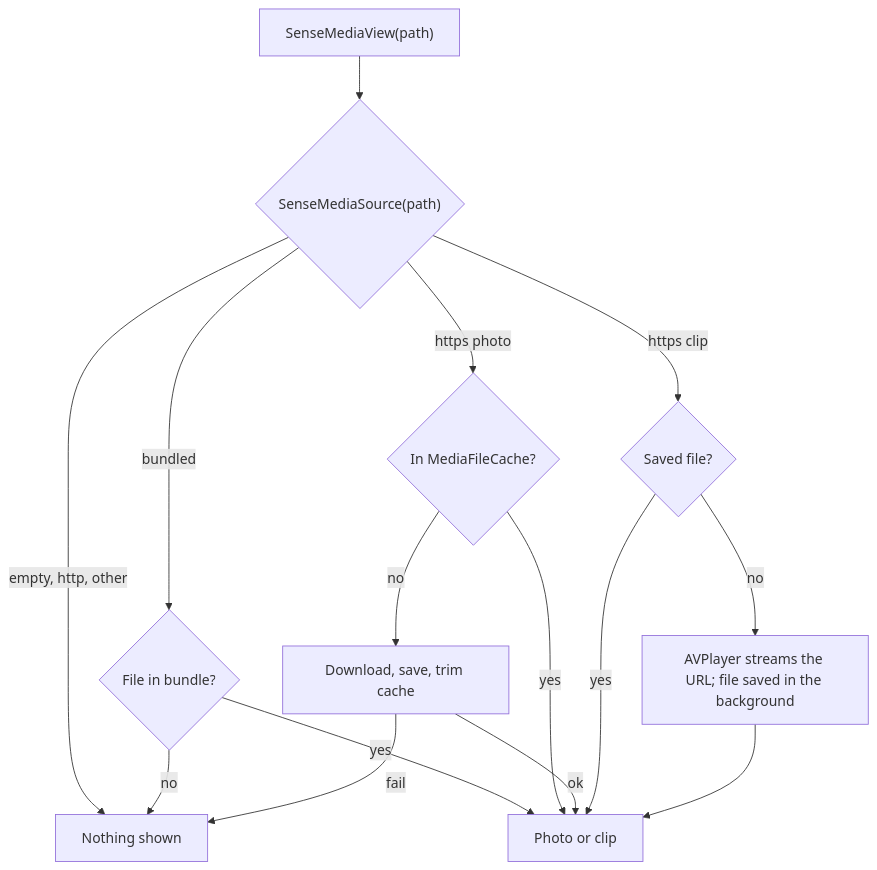
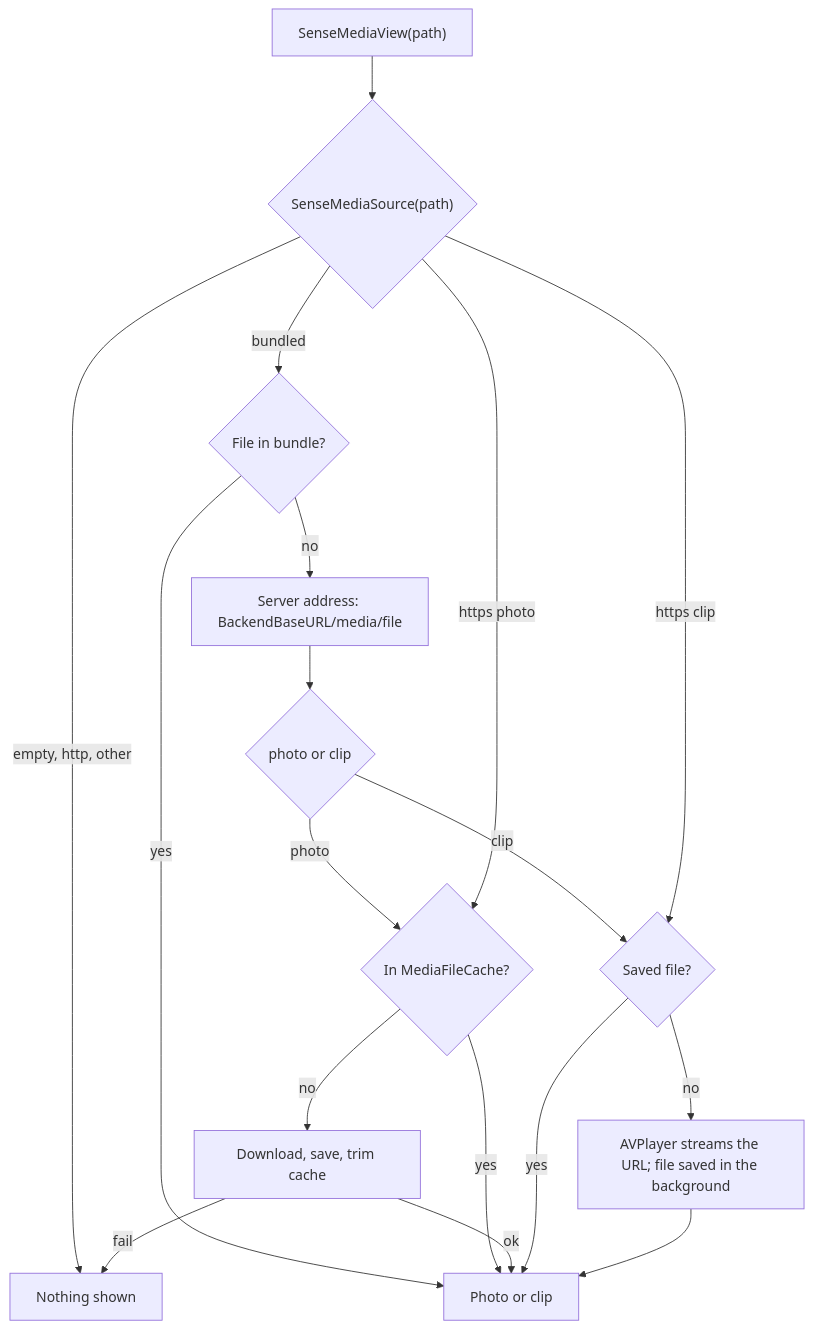
Before and after one commit to tranphuocloc070699/saynata: the sixth of 6 diagrams in backlog/docs/features/doc-5 - Word-lookup.md, drawn with Mermaid. The commit also changed other lines of this file and 3 other files, not shown here.

Commit message:
TASK-51: notes for bundled media from the server

````diff
--- a/backlog/docs/features/doc-5 - Word-lookup.md
+++ b/backlog/docs/features/doc-5 - Word-lookup.md
@@ -369,16 +369,18 @@
 ```mermaid
 flowchart TD
     V["SenseMediaView(path)"] --> S{"SenseMediaSource(path)"}
     S -- "empty, http, other" --> NONE["Nothing shown"]
     S -- bundled --> BF{"File in bundle?"}
-    BF -- no --> NONE
     BF -- yes --> SHOW["Photo or clip"]
+    BF -- no --> MAP["Server address: BackendBaseURL/media/file"] --> S2{"photo or clip"}
+    S2 -- photo --> PC
+    S2 -- clip --> CC
     S -- "https photo" --> PC{"In MediaFileCache?"}
     PC -- yes --> SHOW
     PC -- no --> DL["Download, save, trim cache"]
     DL -- ok --> SHOW
     DL -- fail --> NONE
     S -- "https clip" --> CC{"Saved file?"}
     CC -- yes --> SHOW
     CC -- no --> STREAM["AVPlayer streams the URL; file saved in the background"] --> SHOW
 ```
````
